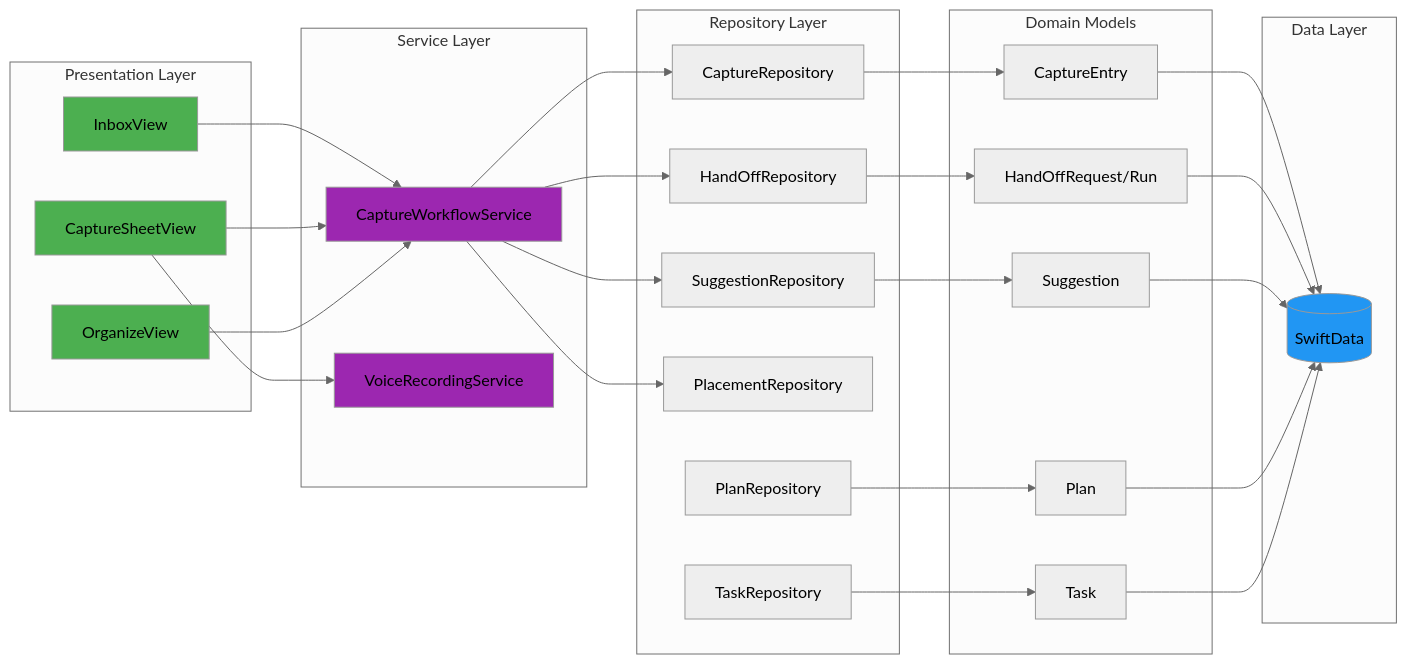
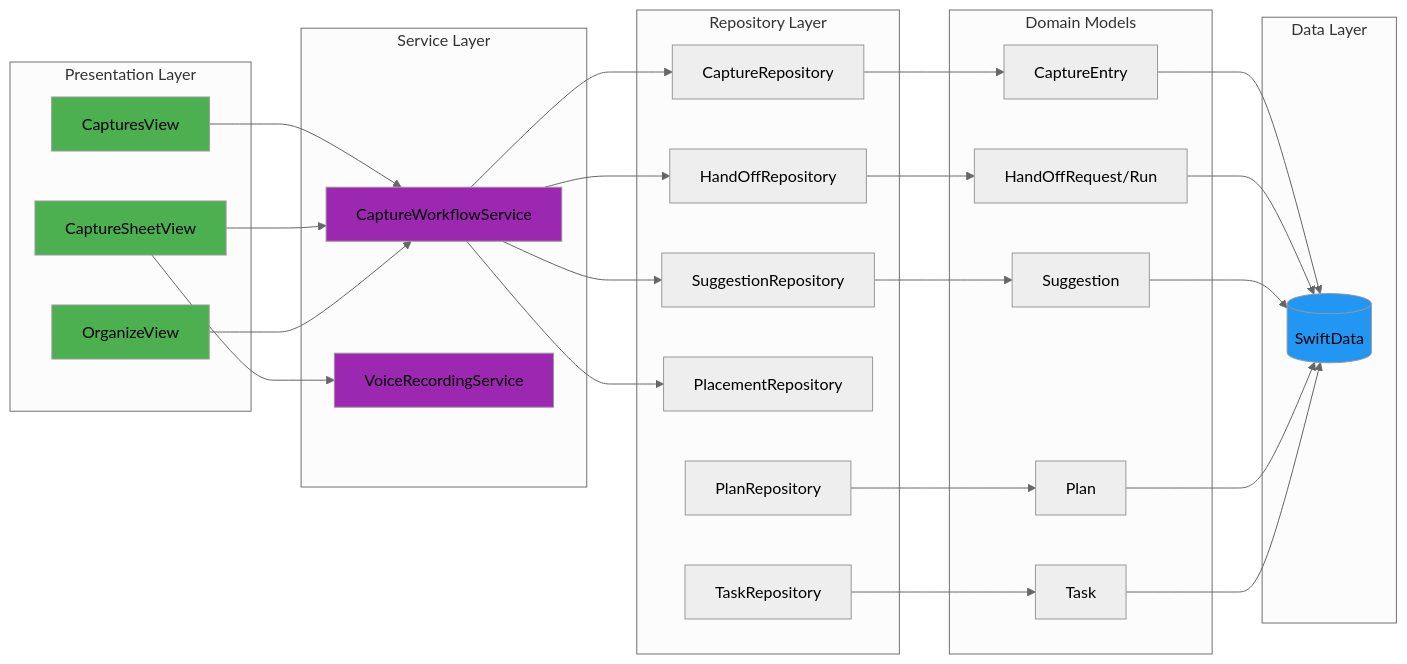
Before and after one commit to Will-Conklin/offload: the second of 4 diagrams in README.md, drawn with Mermaid (neutral theme). The commit also changed other lines of this file and 1 other file, not shown here.

````diff
--- a/README.md
+++ b/README.md
@@ -141,63 +141,63 @@
 ```mermaid
 graph LR
     subgraph "Presentation Layer"
-        INBOX[InboxView]
+        CAPTURES[CapturesView]
         CAPTURE[CaptureSheetView]
         ORGANIZE[OrganizeView]
     end
 
     subgraph "Service Layer"
         WORKFLOW[CaptureWorkflowService]
         VOICE[VoiceRecordingService]
     end
 
     subgraph "Repository Layer"
         CREPO[CaptureRepository]
         HOREPO[HandOffRepository]
         SUGREPO[SuggestionRepository]
         PREPO[PlacementRepository]
         PLANREPO[PlanRepository]
         TREPO[TaskRepository]
     end
 
     subgraph "Domain Models"
         CAP[CaptureEntry]
         HO[HandOffRequest/Run]
         SUG[Suggestion]
         PLAN[Plan]
         TASK[Task]
     end
 
     subgraph "Data Layer"
         SWIFTDATA[(SwiftData)]
     end
 
-    INBOX --> WORKFLOW
+    CAPTURES --> WORKFLOW
     CAPTURE --> WORKFLOW
     CAPTURE --> VOICE
     ORGANIZE --> WORKFLOW
 
     WORKFLOW --> CREPO
     WORKFLOW --> HOREPO
     WORKFLOW --> SUGREPO
     WORKFLOW --> PREPO
 
     CREPO --> CAP
     HOREPO --> HO
     SUGREPO --> SUG
     PLANREPO --> PLAN
     TREPO --> TASK
 
     CAP --> SWIFTDATA
     HO --> SWIFTDATA
     SUG --> SWIFTDATA
     PLAN --> SWIFTDATA
     TASK --> SWIFTDATA
 
-    style INBOX fill:#4CAF50
+    style CAPTURES fill:#4CAF50
     style CAPTURE fill:#4CAF50
     style ORGANIZE fill:#4CAF50
     style WORKFLOW fill:#9C27B0
     style VOICE fill:#9C27B0
     style SWIFTDATA fill:#2196F3
 ```
````
